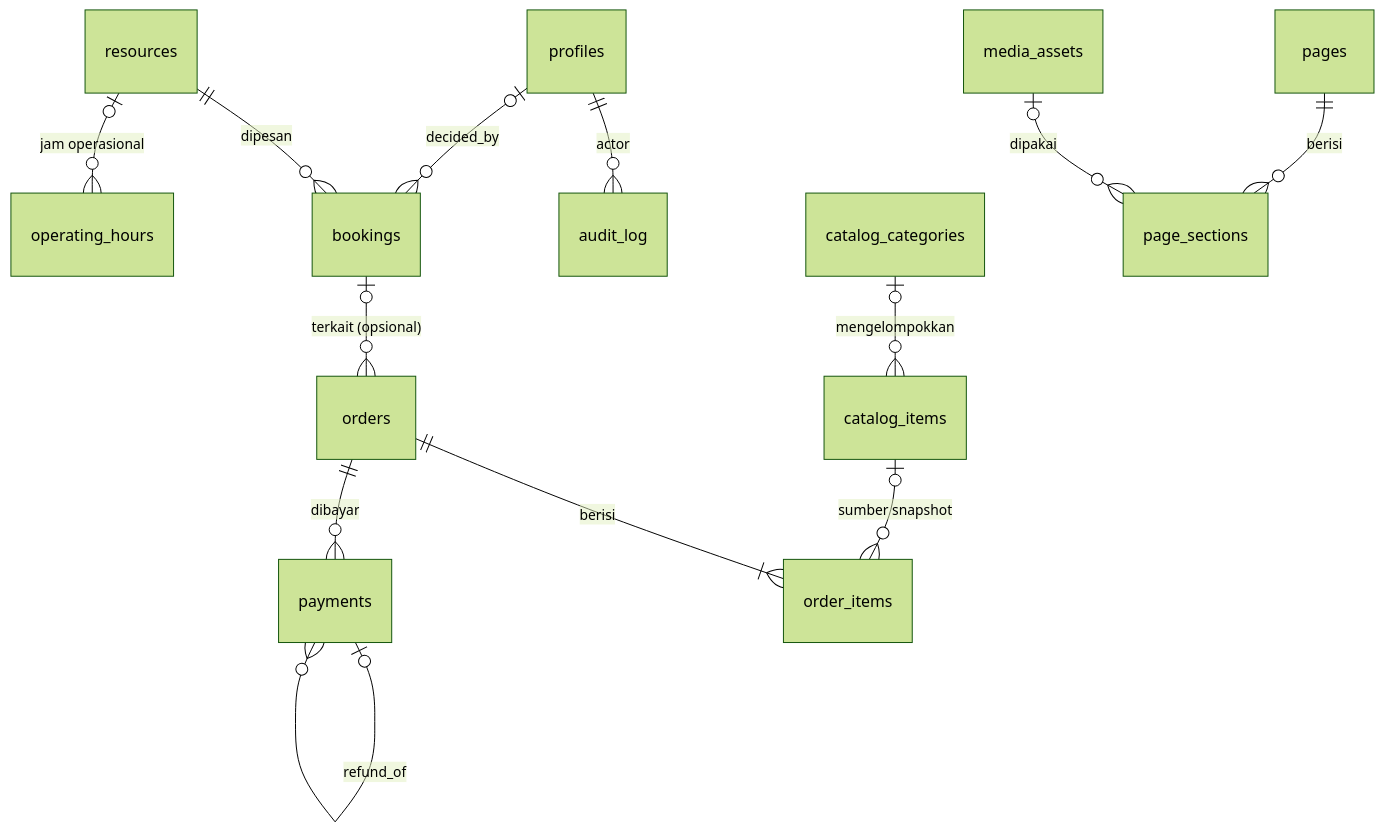
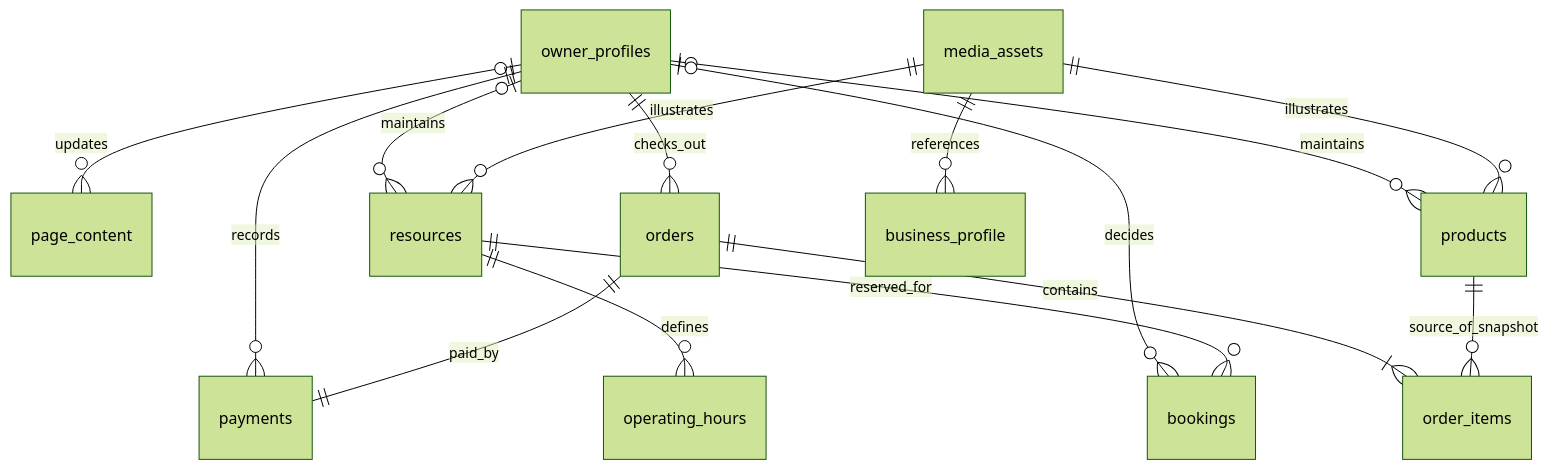
Before and after one commit to ariaajipw/Titis: the diagram in DATABASE.md, drawn with Mermaid (forest theme). The commit also changed other lines of this file and 11 other files, not shown here.

````diff
--- a/DATABASE.md
+++ b/DATABASE.md
@@ -228,15 +307,17 @@
 ```mermaid
 erDiagram
-    profiles ||--o{ audit_log : "actor"
-    profiles |o--o{ bookings : "decided_by"
-    resources ||--o{ bookings : "dipesan"
-    resources |o--o{ operating_hours : "jam operasional"
-    bookings |o--o{ orders : "terkait (opsional)"
-    orders ||--|{ order_items : "berisi"
-    orders ||--o{ payments : "dibayar"
-    payments |o--o{ payments : "refund_of"
-    catalog_categories |o--o{ catalog_items : "mengelompokkan"
-    catalog_items |o--o{ order_items : "sumber snapshot"
-    pages ||--o{ page_sections : "berisi"
-    media_assets |o--o{ page_sections : "dipakai"
+    owner_profiles |o--o{ page_content : updates
+    owner_profiles |o--o{ products : maintains
+    owner_profiles |o--o{ resources : maintains
+    owner_profiles |o--o{ bookings : decides
+    owner_profiles ||--o{ orders : checks_out
+    owner_profiles ||--o{ payments : records
+    media_assets ||--o{ products : illustrates
+    media_assets ||--o{ resources : illustrates
+    media_assets ||--o{ business_profile : references
+    resources ||--o{ operating_hours : defines
+    resources ||--o{ bookings : reserved_for
+    orders ||--|{ order_items : contains
+    products ||--o{ order_items : source_of_snapshot
+    orders ||--|| payments : paid_by
 ```
````
